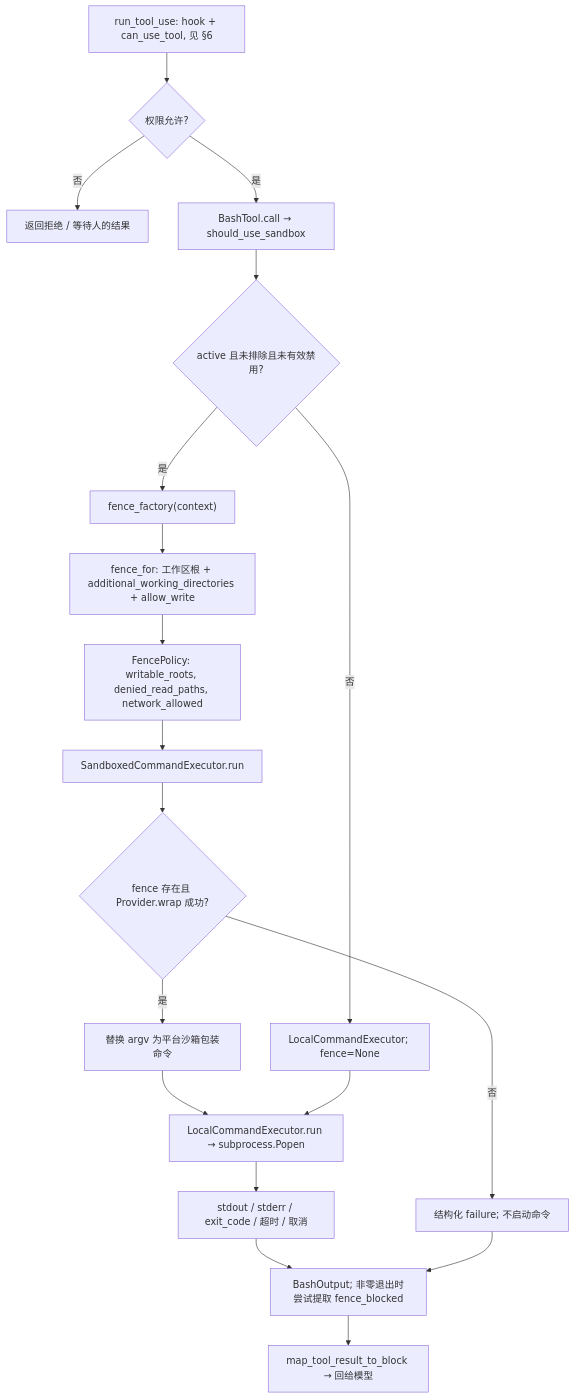
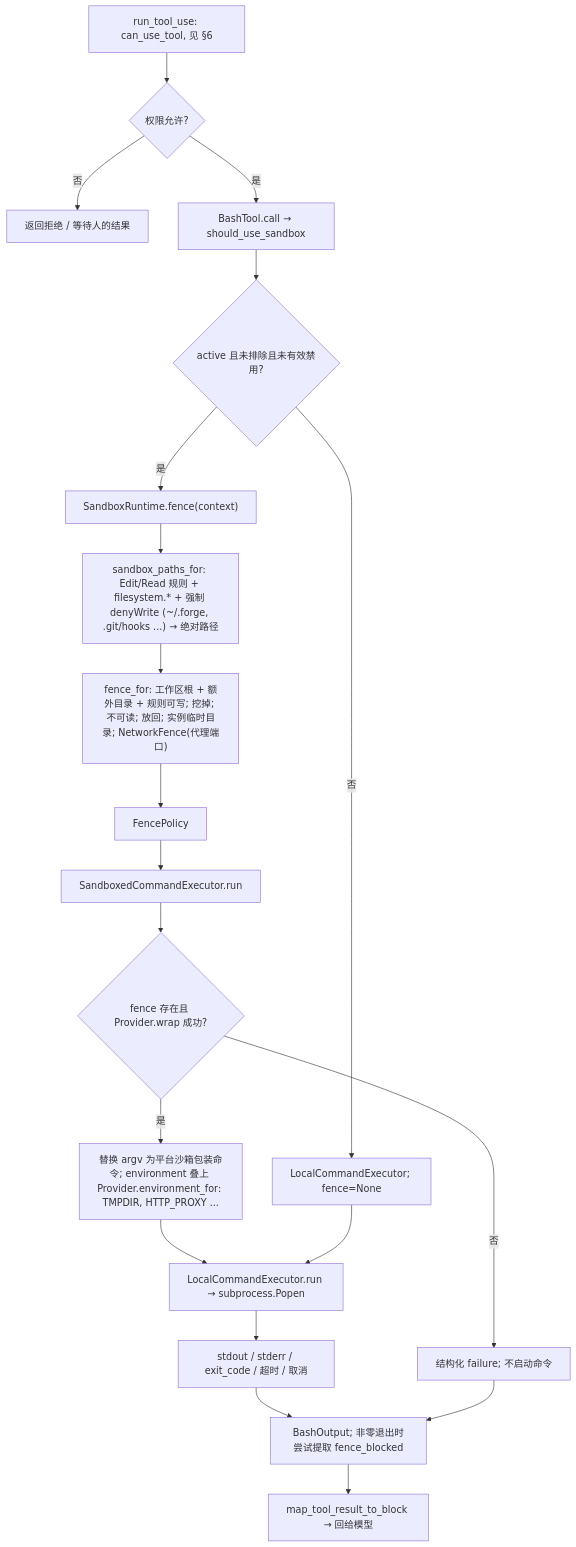
Before and after one commit to qubaolai/ForgeCLI: diagram 53 of 53 in docs/06-代码阅读线路.md, drawn with Mermaid. The commit also changed other lines of this file and 54 other files, not shown here.

````diff
--- a/docs/06-代码阅读线路.md
+++ b/docs/06-代码阅读线路.md
@@ -2237,21 +2235,22 @@
 ```mermaid
 flowchart TD
-    A["run_tool_use: hook + can_use_tool, 见 §6"] --> B{"权限允许?"}
+    A["run_tool_use: can_use_tool, 见 §6"] --> B{"权限允许?"}
     B -->|否| C["返回拒绝 / 等待人的结果"]
     B -->|是| D["BashTool.call → should_use_sandbox"]
     D --> E{"active 且未排除且未有效禁用?"}
     E -->|否| F["LocalCommandExecutor; fence=None"]
-    E -->|是| G["fence_factory(context)"]
-    G --> H["fence_for: 工作区根 + additional_working_directories + allow_write"]
-    H --> I["FencePolicy: writable_roots, denied_read_paths, network_allowed"]
+    E -->|是| G["SandboxRuntime.fence(context)"]
+    G --> H["sandbox_paths_for: Edit/Read 规则 + filesystem.* + 强制 denyWrite (~/.forge, .git/hooks ...) → 绝对路径"]
+    H --> H2["fence_for: 工作区根 + 额外目录 + 规则可写; 挖掉; 不可读; 放回; 实例临时目录; NetworkFence(代理端口)"]
+    H2 --> I["FencePolicy"]
     I --> J["SandboxedCommandExecutor.run"]
     J --> K{"fence 存在且 Provider.wrap 成功?"}
     K -->|否| L["结构化 failure; 不启动命令"]
-    K -->|是| M["替换 argv 为平台沙箱包装命令"]
+    K -->|是| M["替换 argv 为平台沙箱包装命令; environment 叠上 Provider.environment_for: TMPDIR, HTTP_PROXY ..."]
     M --> N["LocalCommandExecutor.run → subprocess.Popen"]
     F --> N
     N --> O["stdout / stderr / exit_code / 超时 / 取消"]
     O --> P["BashOutput; 非零退出时尝试提取 fence_blocked"]
     L --> P
     P --> Q["map_tool_result_to_block → 回给模型"]
 ```
````
